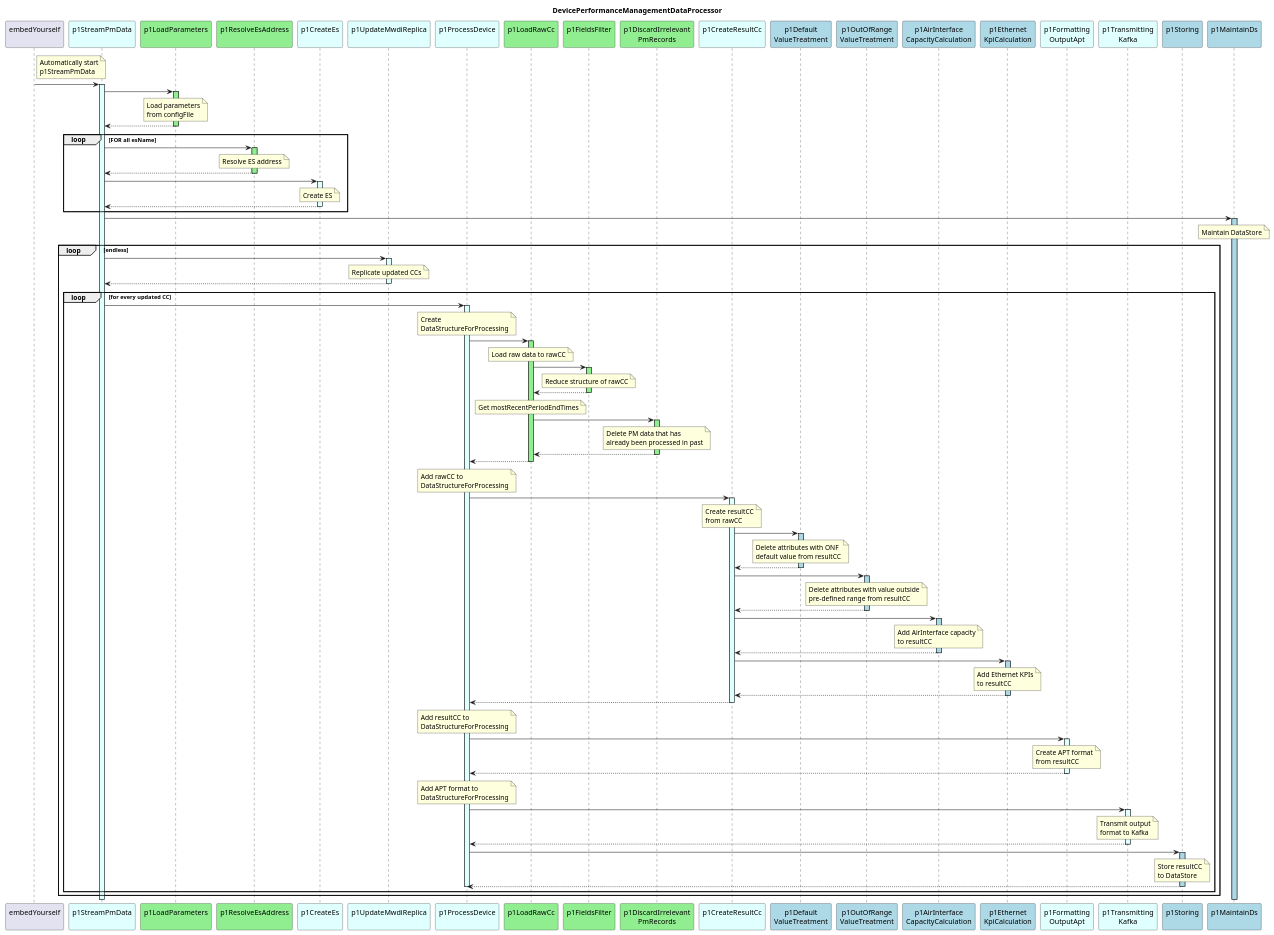
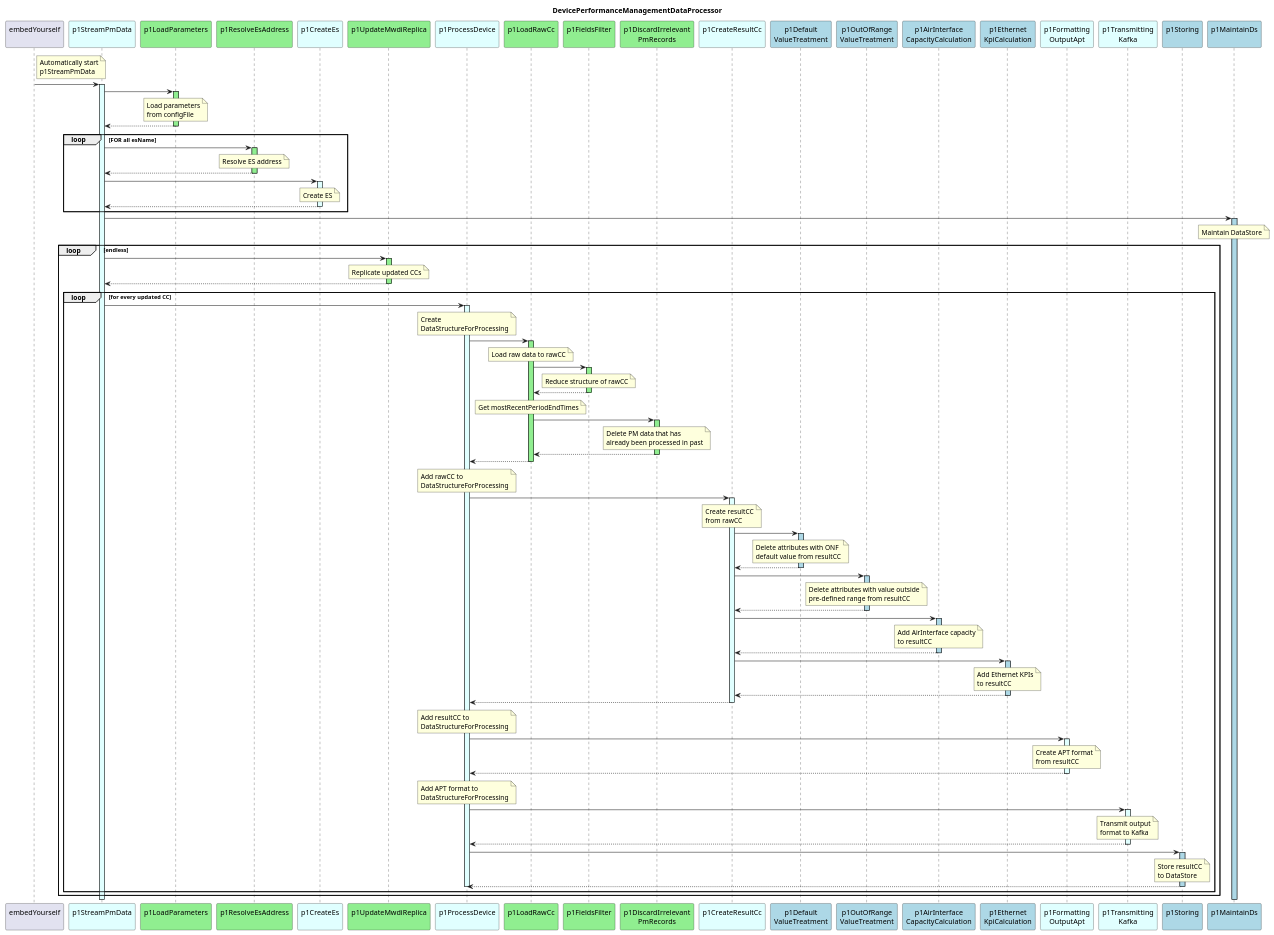
The diagram in spec/diagrams/hl_sequence.plantuml (openBackhaul/DevicePerformanceManagementDataProcessor), drawn with PlantUML before and after one commit. The commit also changed 9 other files, not shown here.

Commit message:
Finalize p1UpdateMwdiReplica

```diff
--- a/spec/diagrams/hl_sequence.plantuml
+++ b/spec/diagrams/hl_sequence.plantuml
@@ -10,7 +10,7 @@
 participant "p1LoadParameters\n" as p1LoadParams #LightGreen
 participant "p1ResolveEsAddress\n" as p1REA #LightGreen
 participant "p1CreateEs\n" as p1CMR #LightCyan
-participant "p1UpdateMwdiReplica\n" as p1UMR #LightCyan
+participant "p1UpdateMwdiReplica\n" as p1UMR #LightGreen
 
 participant "p1ProcessDevice\n" as p1ProcessPm #LightCyan
 
@@ -78,7 +78,7 @@
   Loop endless
 
     p1RMWDI -> p1UMR
-    activate p1UMR #LightCyan
+    activate p1UMR #LightGreen
       note over p1UMR
         Replicate updated CCs
       end note
```
